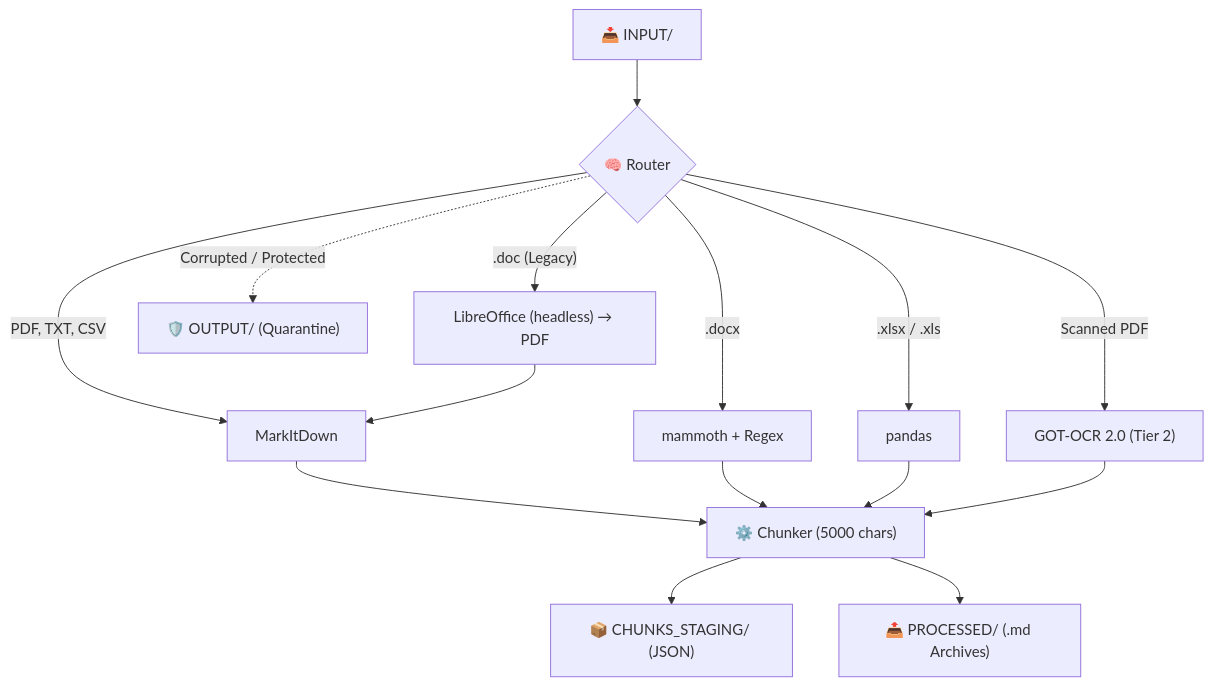
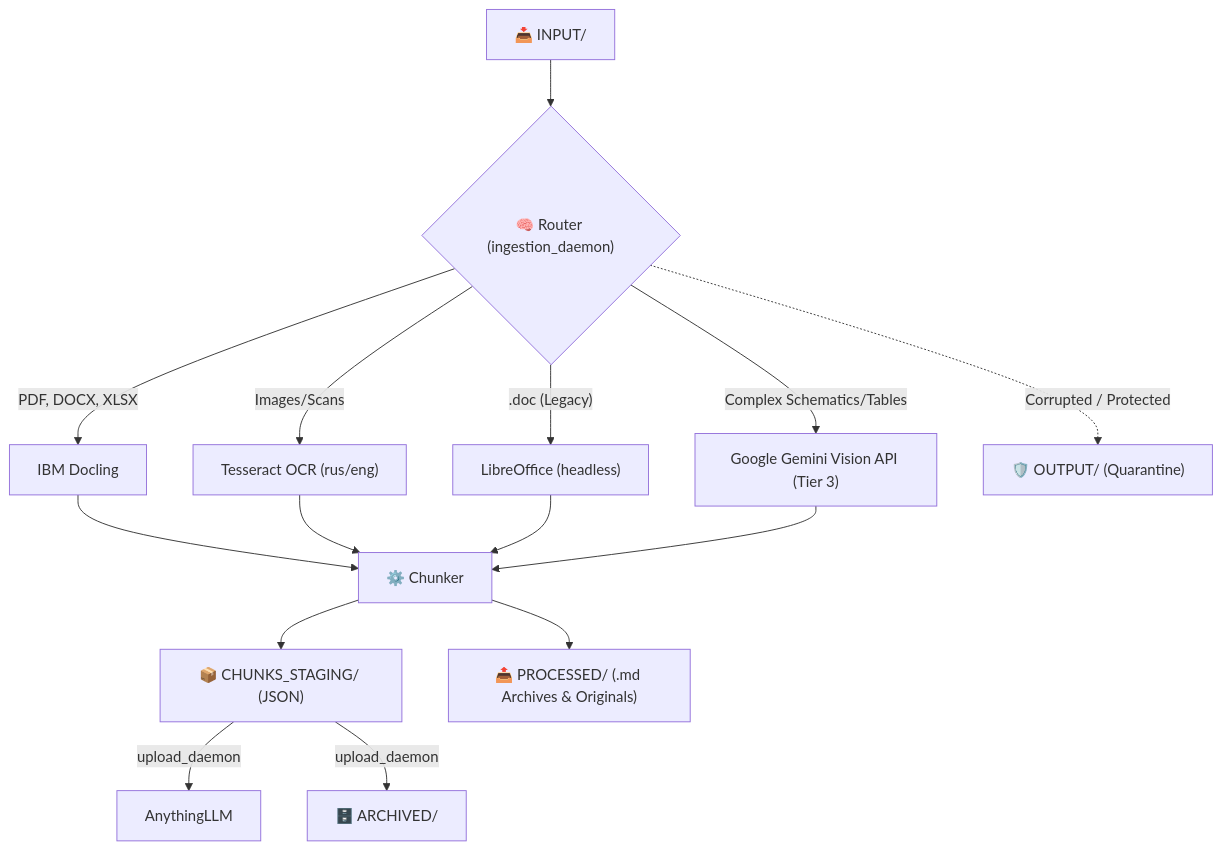
The first of 2 diagrams in README.md (Falmer-128/smart-db), drawn with Mermaid before and after one commit. The commit also changed other lines of this file and 1 other file, not shown here.

````diff
--- a/README.md
+++ b/README.md
@@ -106,21 +117,22 @@
 ```mermaid
 graph TD
-    A["📥 INPUT/"] --> B{"🧠 Router"}
+    A["📥 INPUT/"] --> B{"🧠 Router (ingestion_daemon)"}
     
-    B -->|"PDF, TXT, CSV"| C["MarkItDown"]
-    B -->|".docx"| E["mammoth + Regex"]
-    B -->|".xlsx / .xls"| F["pandas"]
-    B -->|".doc (Legacy)"| L["LibreOffice (headless) → PDF"]
-    L --> C
-    B -->|"Scanned PDF"| G["GOT-OCR 2.0 (Tier 2)"]
+    B -->|"PDF, DOCX, XLSX"| C["IBM Docling"]
+    B -->|"Images/Scans"| E["Tesseract OCR (rus/eng)"]
+    B -->|".doc (Legacy)"| L["LibreOffice (headless)"]
+    B -->|"Complex Schematics/Tables"| G["Google Gemini Vision API (Tier 3)"]
     
-    C --> I["⚙️ Chunker (5000 chars)"]
+    C --> I["⚙️ Chunker"]
     E --> I
-    F --> I
+    L --> I
     G --> I
     
     I --> J["📦 CHUNKS_STAGING/ (JSON)"]
-    I --> K["📤 PROCESSED/ (.md Archives)"]
+    I --> K["📤 PROCESSED/ (.md Archives & Originals)"]
     
     B -.->|"Corrupted / Protected"| O["🛡️ OUTPUT/ (Quarantine)"]
+    
+    J -->|"upload_daemon"| U["AnythingLLM"]
+    J -->|"upload_daemon"| R["🗄️ ARCHIVED/"]
 ```
````
